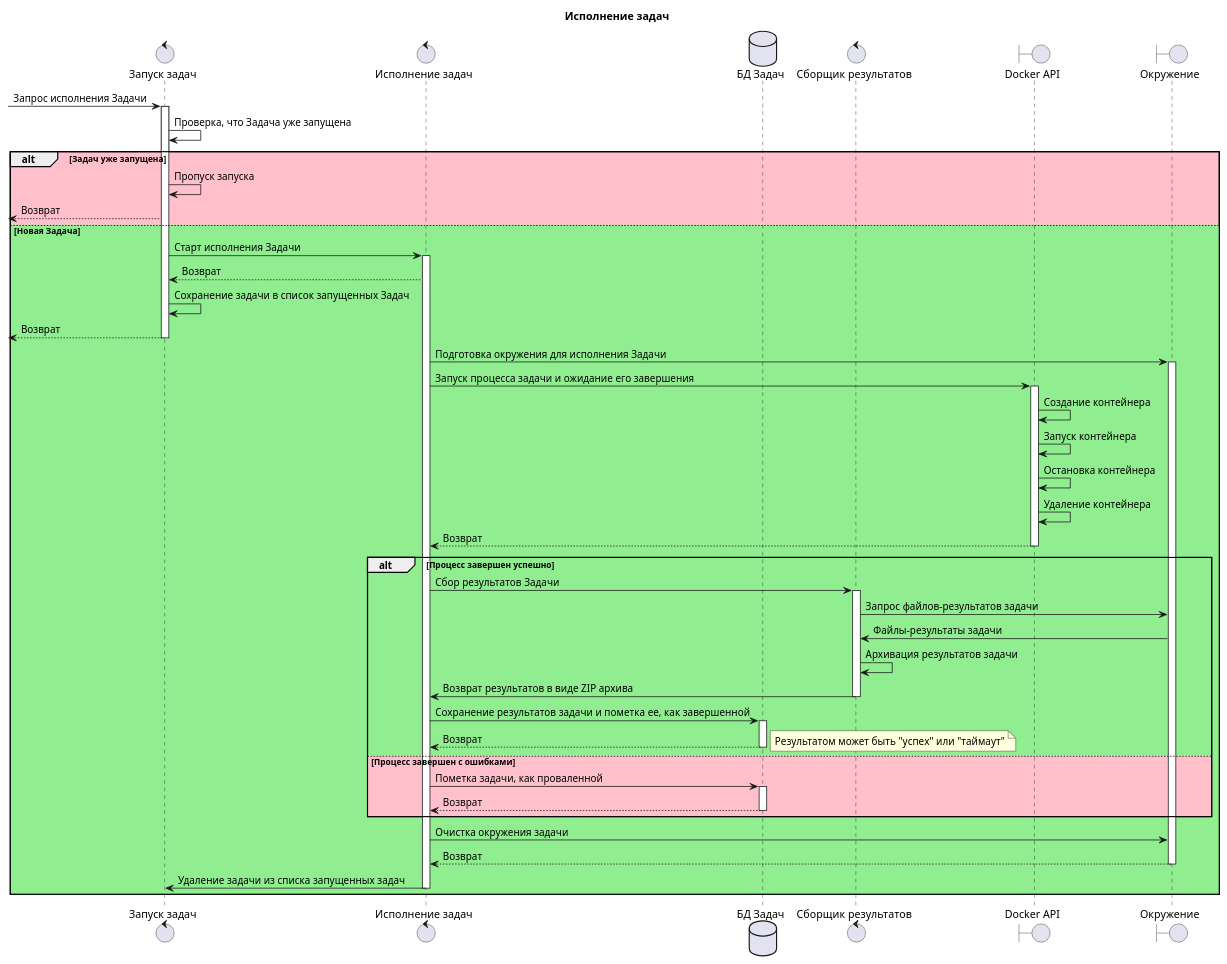
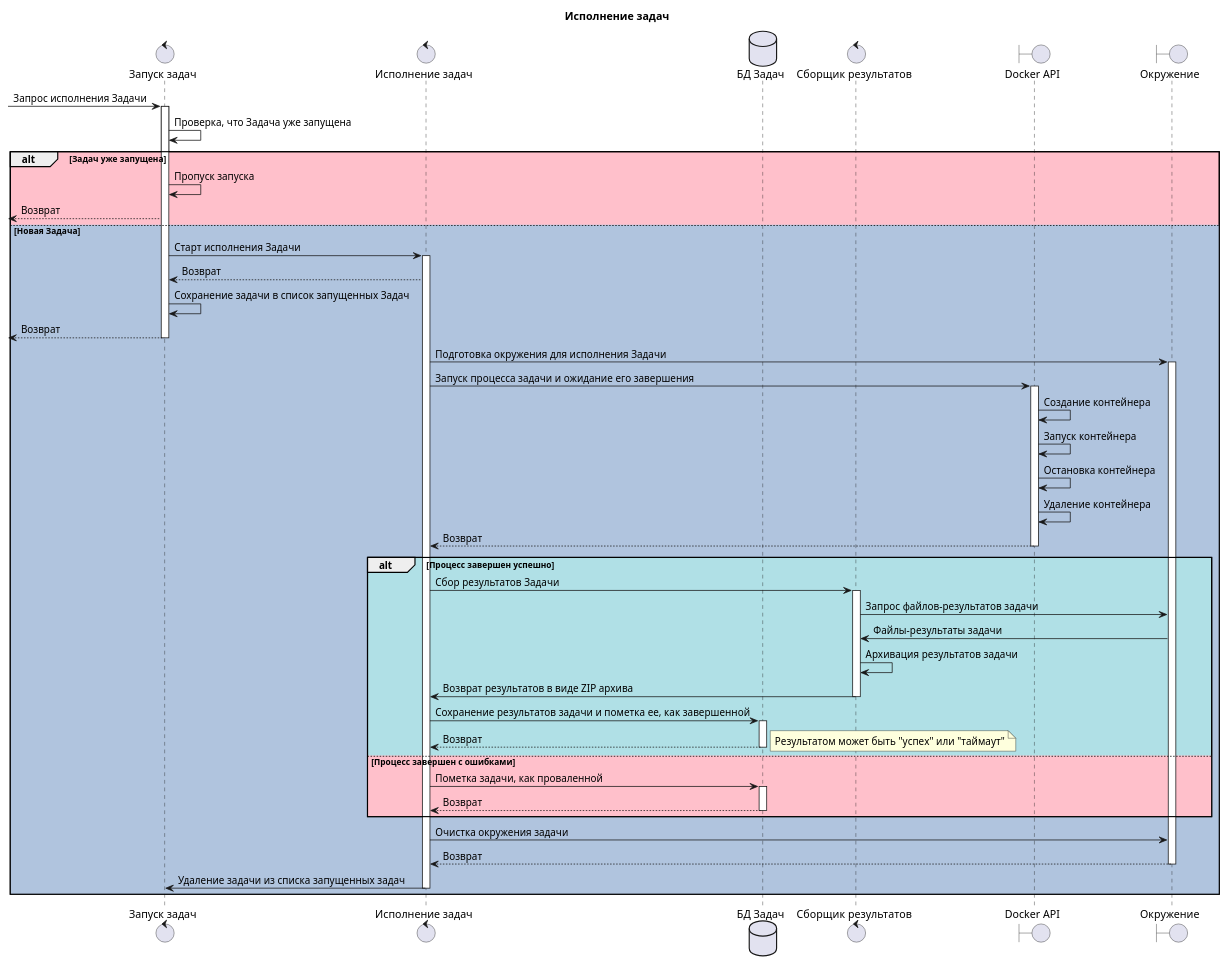
One commit to mrypdm/JobSystem changed the second of 2 diagrams in docs/diagrams/sequence/Job.Worker.puml. Above: the diagram before and after it, drawn with PlantUML. The commit also changed other lines of this file and 2 other files, not shown here.

```diff
--- a/docs/diagrams/sequence/Job.Worker.puml
+++ b/docs/diagrams/sequence/Job.Worker.puml
@@ -71,62 +71,62 @@
 @startuml Job runner
 
 title Исполнение задач
 
 control "Запуск задач" as STARTER
 control "Исполнение задач" as RUNNER
 database "БД Задач" as DB
 control "Сборщик результатов" as COLLECTOR
 boundary "Docker API" as DOCKER
 boundary "Окружение" as ENV
 
 [-> STARTER++: Запрос исполнения Задачи
 STARTER -> STARTER: Проверка, что Задача уже запущена
 
 alt #Pink Задач уже запущена
 
     STARTER -> STARTER: Пропуск запуска
     STARTER -->[: Возврат
 
-else #LightGreen Новая Задача
+else #LightSteelBlue Новая Задача
 
     STARTER -> RUNNER++: Cтарт исполнения Задачи
     RUNNER --> STARTER: Возврат
     STARTER -> STARTER: Сохранение задачи в список запущенных Задач
     STARTER -->[--: Возврат
 
     RUNNER -> ENV++: Подготовка окружения для исполнения Задачи
 
     RUNNER -> DOCKER++: Запуск процесса задачи и ожидание его завершения
     DOCKER -> DOCKER: Создание контейнера
     DOCKER -> DOCKER: Запуск контейнера
     DOCKER -> DOCKER: Остановка контейнера
     DOCKER -> DOCKER: Удаление контейнера
     DOCKER --> RUNNER--: Возврат
 
-    alt Процесс завершен успешно
+    alt #PowderBlue Процесс завершен успешно
 
         RUNNER -> COLLECTOR++: Сбор результатов Задачи
         COLLECTOR -> ENV: Запрос файлов-результатов задачи
         ENV -> COLLECTOR: Файлы-результаты задачи
         COLLECTOR -> COLLECTOR: Архивация результатов задачи
         COLLECTOR -> RUNNER--: Возврат результатов в виде ZIP архива
 
         RUNNER -> DB++: Сохранение результатов задачи и пометка ее, как завершенной
         DB --> RUNNER--: Возврат
         note right: Результатом может быть "успех" или "таймаут"
 
     else #Pink Процесс завершен с ошибками
 
         RUNNER -> DB++: Пометка задачи, как проваленной
         DB --> RUNNER--: Возврат
 
     end
 
     RUNNER -> ENV: Очистка окружения задачи
     ENV --> RUNNER--: Возврат
 
     RUNNER -> STARTER--: Удаление задачи из списка запущенных задач
 
 end
 
 @enduml
```
